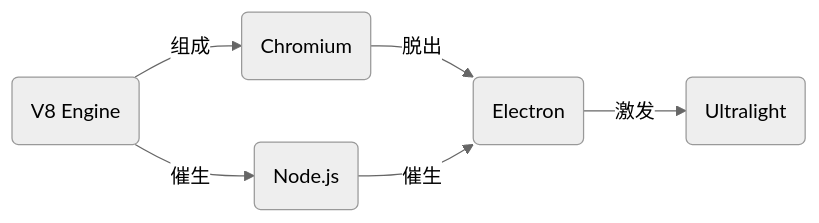
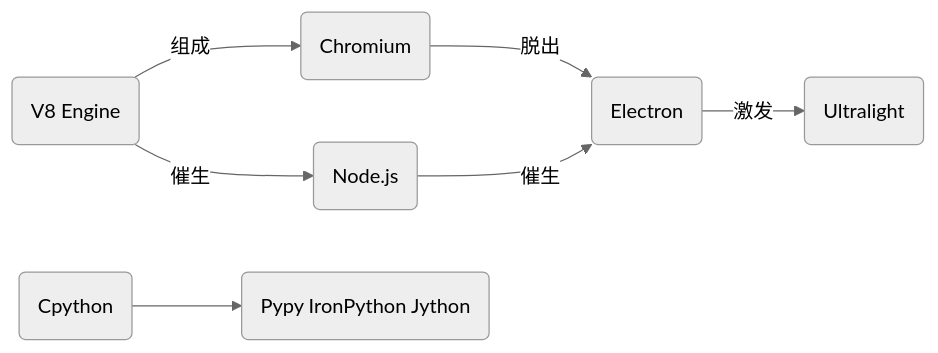
Before and after one commit to XingZhe-Li/XingZhe-Li.github.io: the fifth of 5 diagrams in EssayLab/Articles/开源.md, drawn with Mermaid (neutral theme). The commit also changed other lines of this file, not shown here.

````diff
--- a/EssayLab/Articles/开源.md
+++ b/EssayLab/Articles/开源.md
@@ -158,8 +158,10 @@
 ```mermaid
 graph LR
 	V8(V8 Engine) --组成--> Chromium ;
 	Chromium(Chromium) --脱出--> Electron(Electron)
 	V8 --催生--> Node.js(Node.js)
 	Node.js --催生--> Electron ; Electron --激发--> Ultralight(Ultralight)
 	
+	Cpython(Cpython) --> Pypy(Pypy IronPython Jython)
+	
 ```
````
